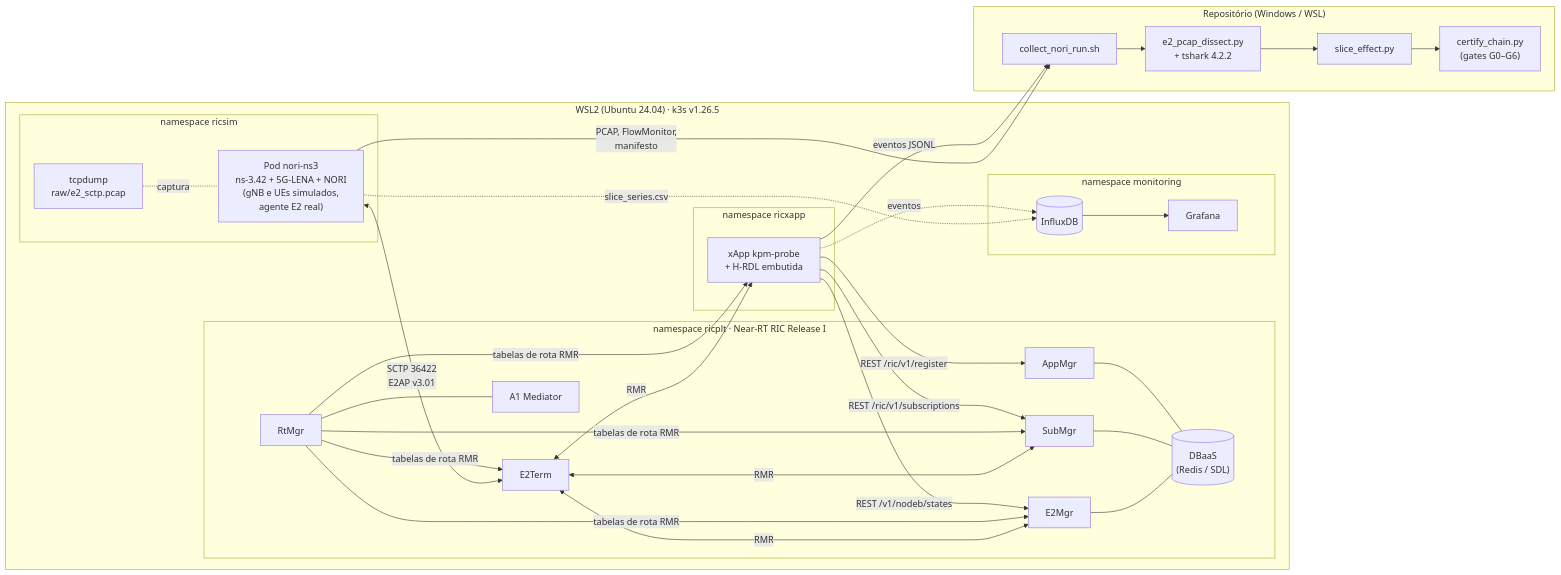
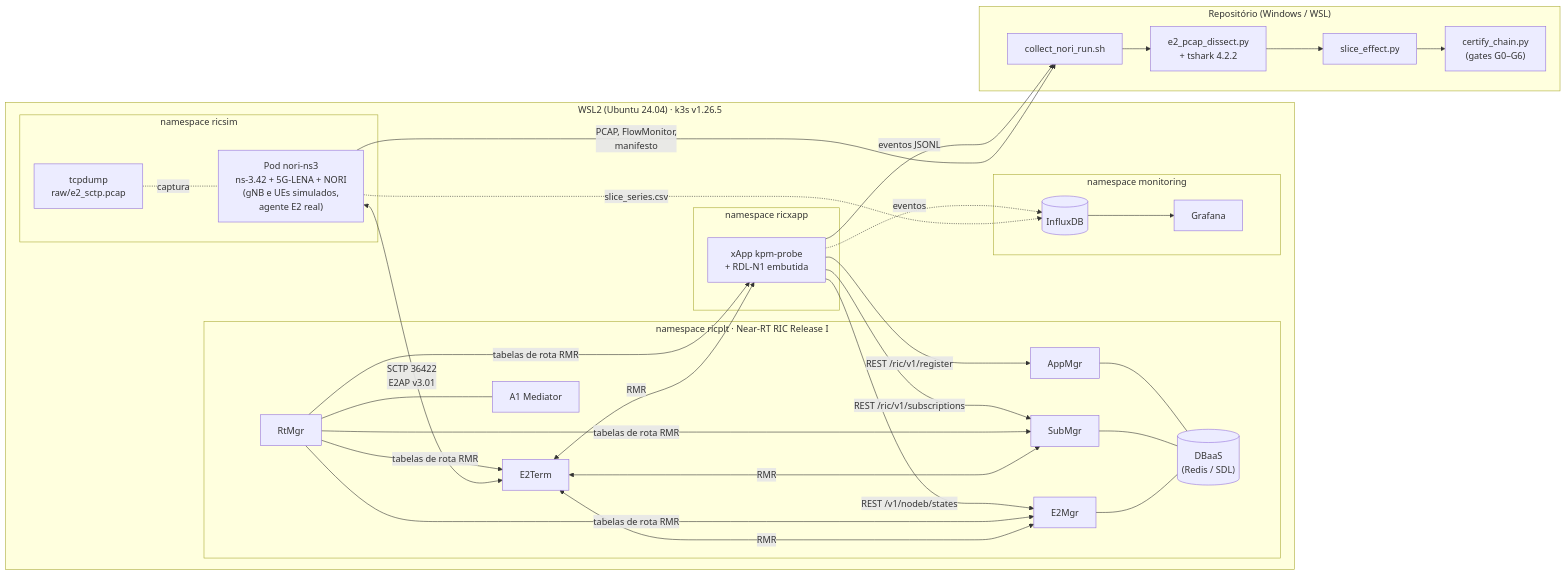
The first of 8 diagrams in docs/01_componentes_e_fluxos.md (georgebarbosa3090/XApp-RDL-F1), drawn with Mermaid before and after one commit. The commit also changed other lines of this file and 111 other files, not shown here.

````diff
--- a/docs/01_componentes_e_fluxos.md
+++ b/docs/01_componentes_e_fluxos.md
@@ -29,49 +29,49 @@
 ```mermaid
 flowchart LR
     subgraph WSL["WSL2 (Ubuntu 24.04) · k3s v1.26.5"]
         subgraph RICSIM["namespace ricsim"]
             NORI["Pod nori-ns3<br/>ns-3.42 + 5G-LENA + NORI<br/>(gNB e UEs simulados,<br/>agente E2 real)"]
             TCP["tcpdump<br/>raw/e2_sctp.pcap"]
         end
         subgraph RICPLT["namespace ricplt · Near-RT RIC Release I"]
             E2T["E2Term"]
             E2M["E2Mgr"]
             SUB["SubMgr"]
             RTM["RtMgr"]
             APP["AppMgr"]
             A1["A1 Mediator"]
             DB[("DBaaS<br/>(Redis / SDL)")]
         end
         subgraph RICXAPP["namespace ricxapp"]
-            XA["xApp kpm-probe<br/>+ H-RDL embutida"]
+            XA["xApp kpm-probe<br/>+ RDL-N1 embutida"]
         end
         subgraph MON["namespace monitoring"]
             INF[("InfluxDB")]
             GRA["Grafana"]
         end
     end
     subgraph REPO["Repositório (Windows / WSL)"]
         COL["collect_nori_run.sh"]
         DIS["e2_pcap_dissect.py<br/>+ tshark 4.2.2"]
         EFF["slice_effect.py"]
         CER["certify_chain.py<br/>(gates G0–G6)"]
     end
 
     NORI <-->|"SCTP 36422<br/>E2AP v3.01"| E2T
     TCP -.-|"captura"| NORI
     E2T <-->|RMR| E2M
     E2T <-->|RMR| SUB
     E2T <-->|RMR| XA
     RTM -->|"tabelas de rota RMR"| E2T & SUB & E2M & XA
     XA -->|"REST /ric/v1/register"| APP
     XA -->|"REST /ric/v1/subscriptions"| SUB
     XA -->|"REST /v1/nodeb/states"| E2M
     E2M & SUB & APP --- DB
     RTM --- A1
     NORI -->|"PCAP, FlowMonitor,<br/>manifesto"| COL
     XA -->|"eventos JSONL"| COL
     COL --> DIS --> EFF --> CER
     NORI -.->|"slice_series.csv"| INF
     XA -.->|"eventos"| INF
     INF --> GRA
 ```
````
